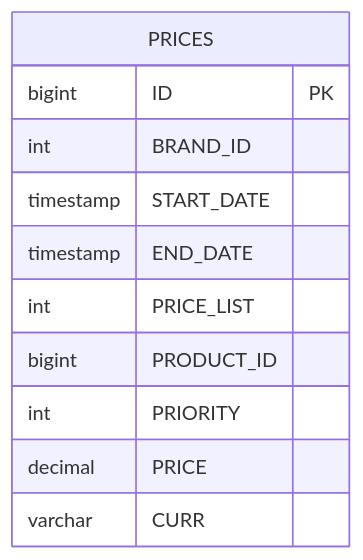
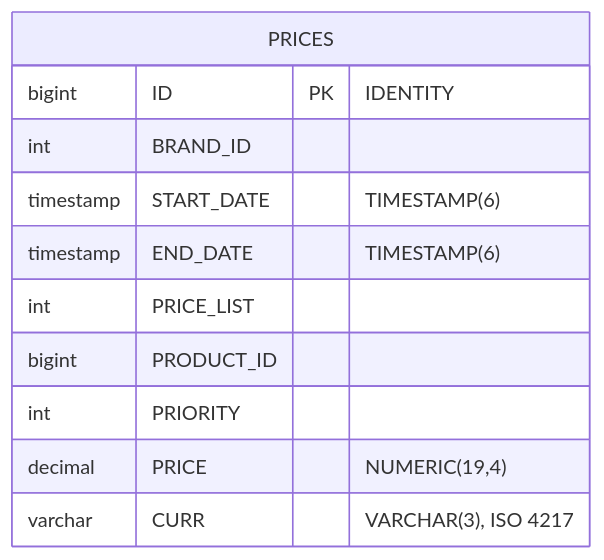
One commit to emanuelmcp/bcnc-inditex changed the second of 6 diagrams in README.md. Above: the diagram before and after it, drawn with Mermaid. The commit also changed other lines of this file, not shown here.

````diff
--- a/README.md
+++ b/README.md
@@ -134,14 +137,14 @@
 ```mermaid
 erDiagram
     PRICES {
-        bigint ID PK
+        bigint ID PK "IDENTITY"
         int BRAND_ID
-        timestamp START_DATE
-        timestamp END_DATE
+        timestamp START_DATE "TIMESTAMP(6)"
+        timestamp END_DATE "TIMESTAMP(6)"
         int PRICE_LIST
         bigint PRODUCT_ID
         int PRIORITY
-        decimal PRICE
-        varchar CURR
+        decimal PRICE "NUMERIC(19,4)"
+        varchar CURR "VARCHAR(3), ISO 4217"
     }
 ```
````
